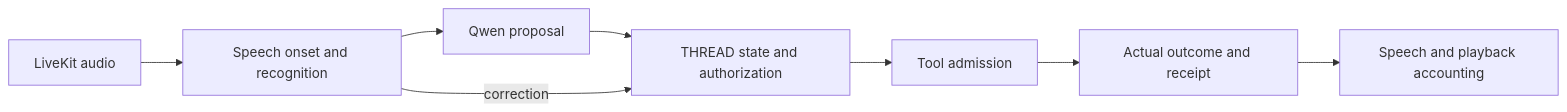
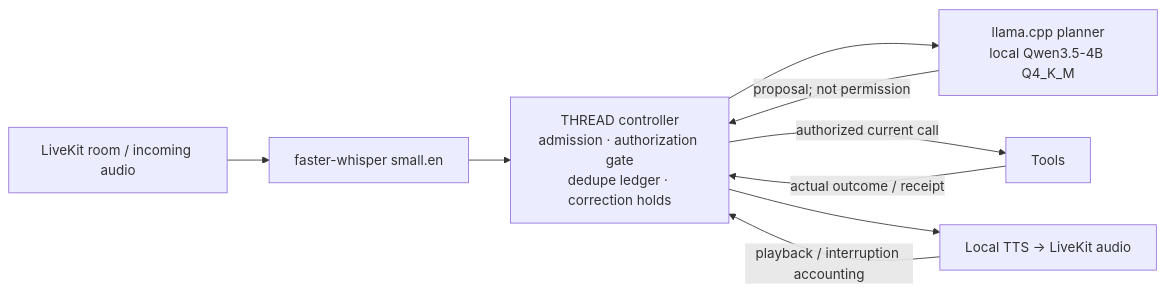
One commit to anshcantcode/thread-team-guide changed the diagram in README.md. Above: the diagram before and after it, drawn with Mermaid. The commit also changed other lines of this file and 125 other files, not shown here.

````diff
--- a/README.md
+++ b/README.md
@@ -31,10 +21,11 @@
 ```mermaid
 flowchart LR
-  A[LiveKit audio] --> B[Speech onset and recognition]
-  B --> C[Qwen proposal]
-  C --> D[THREAD state and authorization]
-  D --> E[Tool admission]
-  E --> F[Actual outcome and receipt]
-  F --> G[Speech and playback accounting]
-  B -->|correction| D
+  R[LiveKit room / incoming audio] --> W[faster-whisper small.en]
+  W --> C[THREAD controller<br/>admission · authorization gate<br/>dedupe ledger · correction holds]
+  C --> P[llama.cpp planner<br/>local Qwen3.5-4B Q4_K_M]
+  P -->|proposal; not permission| C
+  C -->|authorized current call| T[Tools]
+  T -->|actual outcome / receipt| C
+  C --> S[Local TTS → LiveKit audio]
+  S -->|playback / interruption accounting| C
 ```
````
